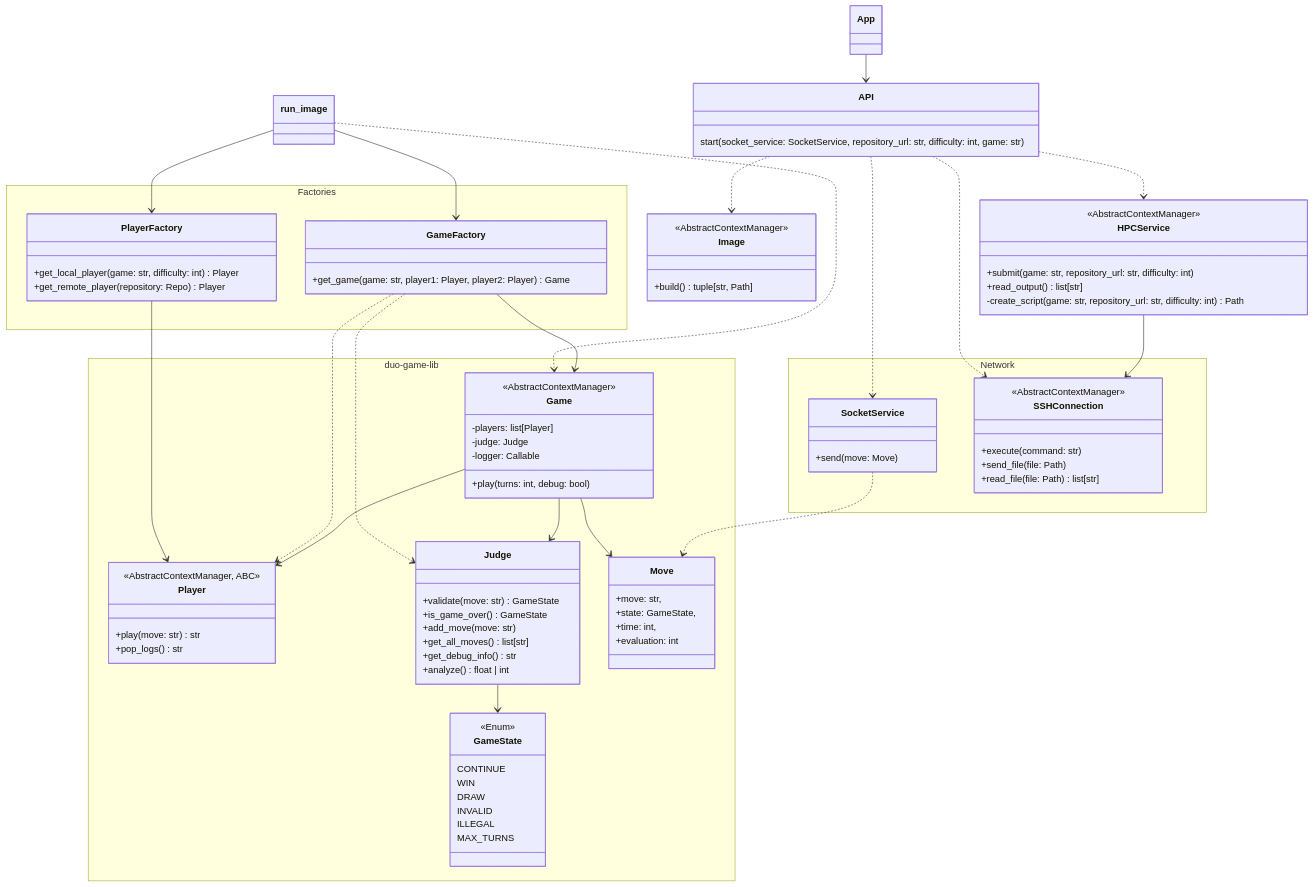
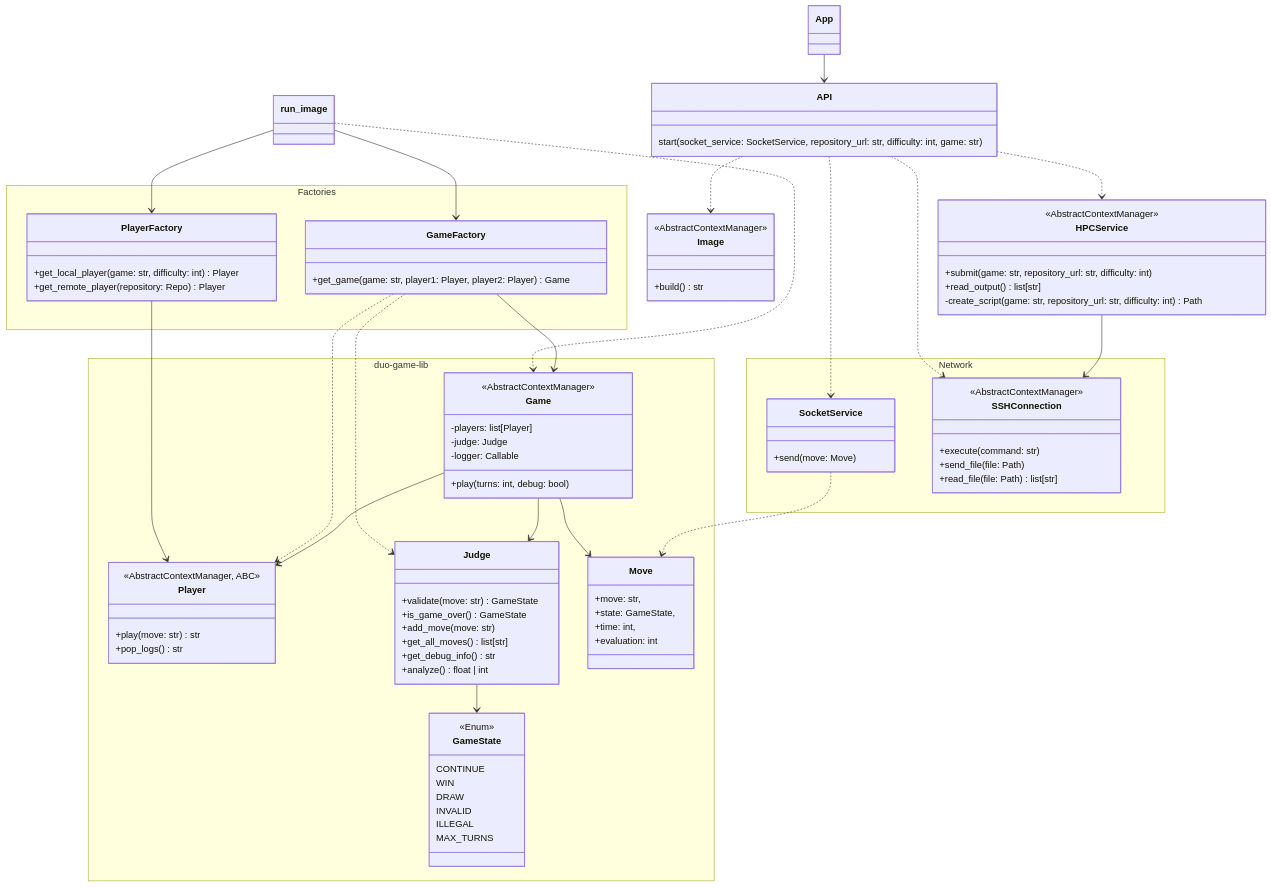
One commit to game-ai-platform-team/tira-ai-platform changed the third of 5 diagrams in docs/architecture.md. Above: the diagram before and after it, drawn with Mermaid. The commit also changed other lines of this file, not shown here.

Commit message:
docs(#124): Update architecture

```diff
--- a/docs/architecture.md
+++ b/docs/architecture.md
@@ -164,7 +164,7 @@
 
 class Image {
     <<AbstractContextManager>>
-    +build() tuple[str, Path]
+    +build() str
 }
 
 namespace Factories {
```
